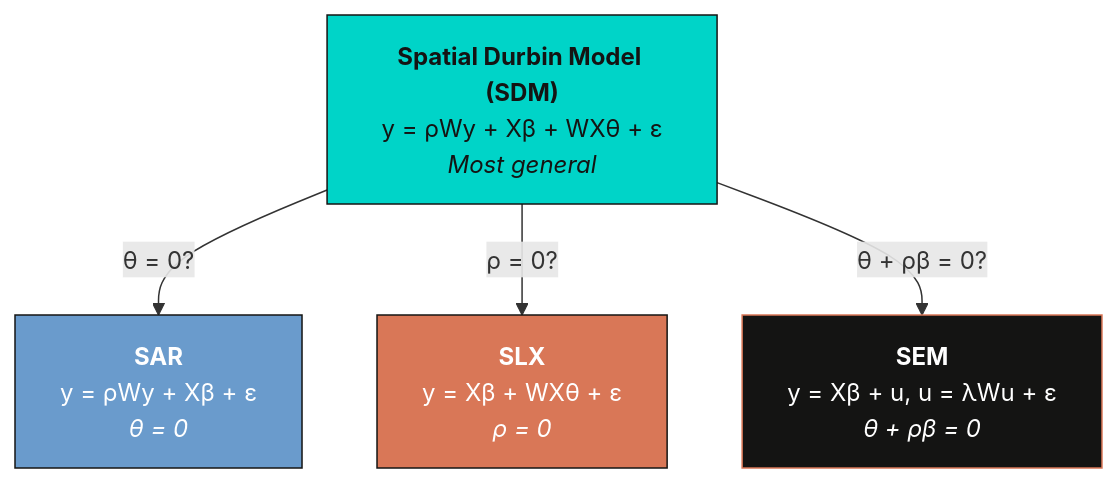
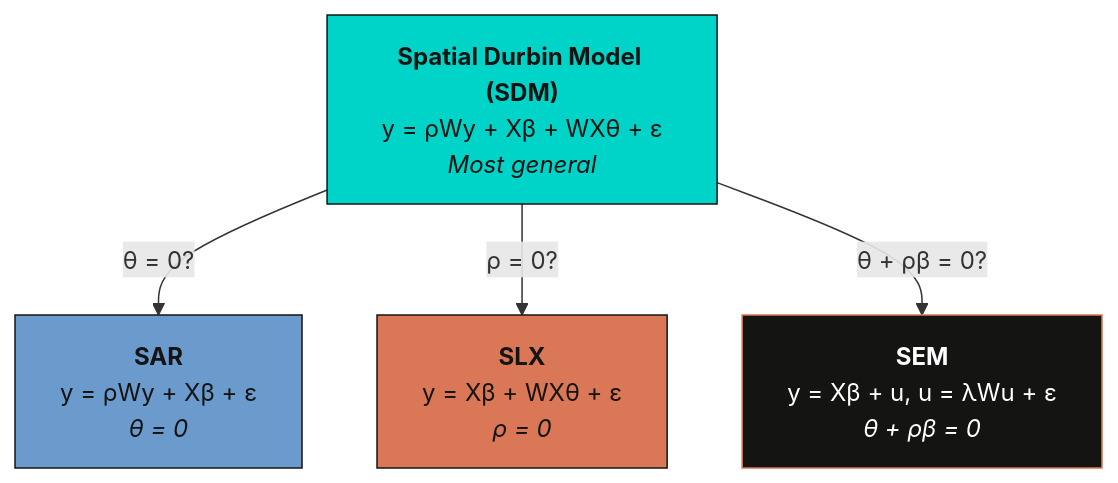
Before and after one commit to cmg777/starter-academic-v501: the second of 3 diagrams in content/post/stata_sp_regression_panel/index.md, drawn with Mermaid. The commit also changed other lines of this file and 67 other files, not shown here.

First line of the commit message:
fix(mermaid): readable diagram text in both themes across the site

````diff
--- a/content/post/stata_sp_regression_panel/index.md
+++ b/content/post/stata_sp_regression_panel/index.md
@@ -518,16 +518,16 @@
 ```mermaid
 graph TD
     SDM["<b>Spatial Durbin Model (SDM)</b><br/>y = ρWy + Xβ + WXθ + ε<br/><i>Most general</i>"]
     SAR["<b>SAR</b><br/>y = ρWy + Xβ + ε<br/><i>θ = 0</i>"]
     SLX["<b>SLX</b><br/>y = Xβ + WXθ + ε<br/><i>ρ = 0</i>"]
     SEM["<b>SEM</b><br/>y = Xβ + u, u = λWu + ε<br/><i>θ + ρβ = 0</i>"]
 
     SDM -->|"θ = 0?"| SAR
     SDM -->|"ρ = 0?"| SLX
     SDM -->|"θ + ρβ = 0?"| SEM
 
     style SDM fill:#00d4c8,stroke:#141413,color:#141413
-    style SAR fill:#6a9bcc,stroke:#141413,color:#fff
-    style SLX fill:#d97757,stroke:#141413,color:#fff
+    style SAR fill:#6a9bcc,stroke:#141413,color:#141413
+    style SLX fill:#d97757,stroke:#141413,color:#141413
     style SEM fill:#141413,stroke:#d97757,color:#fff
 ```
````
